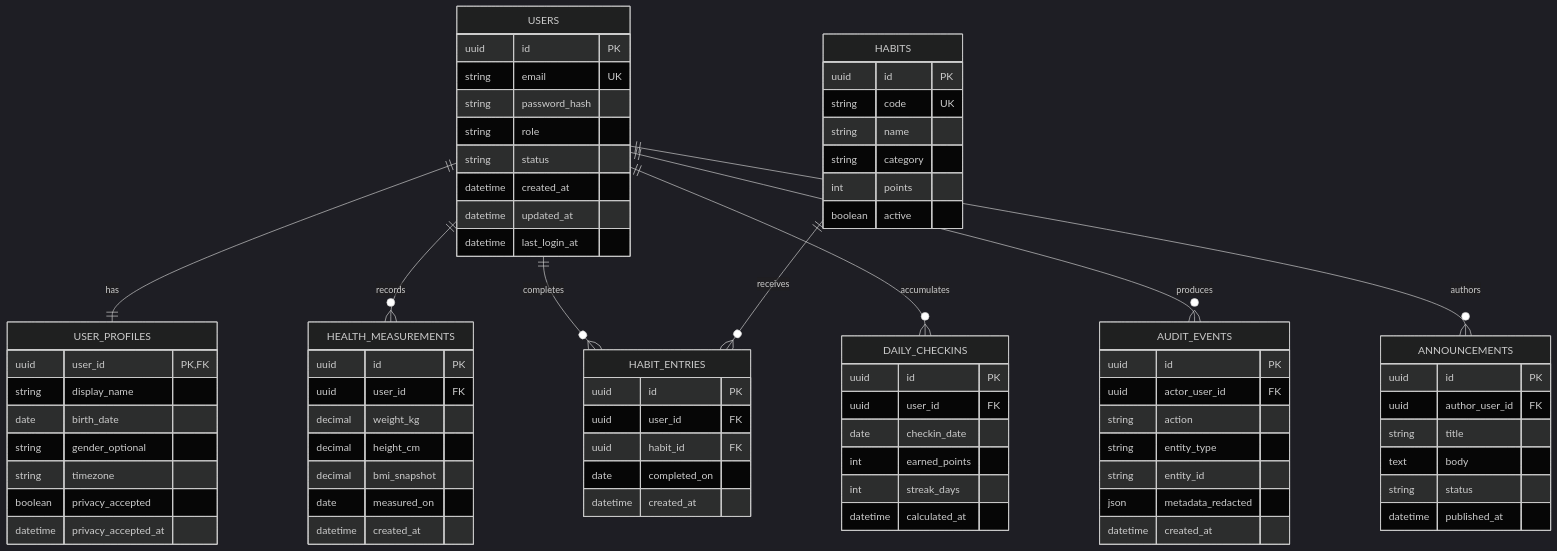
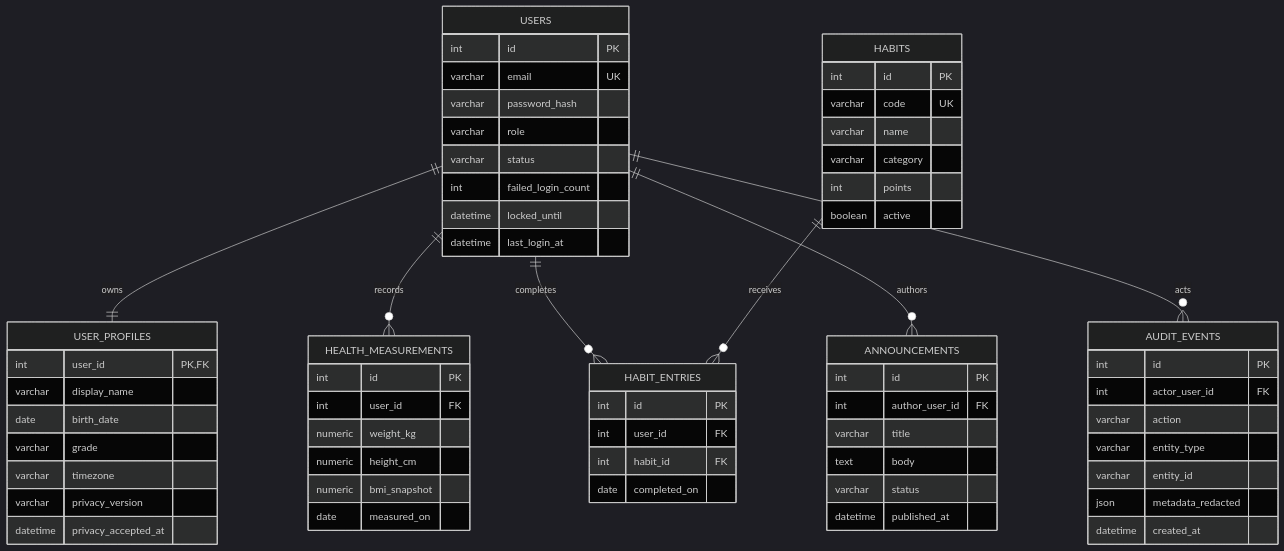
The diagram in docs/03_MODELO_DE_DATOS_DBA.md (juandigira17111980/vitalilab-profesional), drawn with Mermaid (dark theme) before and after one commit. The commit also changed other lines of this file and 19 other files, not shown here.

````diff
--- a/docs/03_MODELO_DE_DATOS_DBA.md
+++ b/docs/03_MODELO_DE_DATOS_DBA.md
@@ -27,79 +9,68 @@
 ```mermaid
 erDiagram
-    USERS ||--|| USER_PROFILES : has
+    USERS ||--|| USER_PROFILES : owns
     USERS ||--o{ HEALTH_MEASUREMENTS : records
     USERS ||--o{ HABIT_ENTRIES : completes
     HABITS ||--o{ HABIT_ENTRIES : receives
-    USERS ||--o{ DAILY_CHECKINS : accumulates
-    USERS ||--o{ AUDIT_EVENTS : produces
     USERS ||--o{ ANNOUNCEMENTS : authors
+    USERS ||--o{ AUDIT_EVENTS : acts
 
     USERS {
-        uuid id PK
-        string email UK
-        string password_hash
-        string role
-        string status
-        datetime created_at
-        datetime updated_at
+        int id PK
+        varchar email UK
+        varchar password_hash
+        varchar role
+        varchar status
+        int failed_login_count
+        datetime locked_until
         datetime last_login_at
     }
     USER_PROFILES {
-        uuid user_id PK,FK
-        string display_name
+        int user_id PK,FK
+        varchar display_name
         date birth_date
-        string gender_optional
-        string timezone
-        boolean privacy_accepted
+        varchar grade
+        varchar timezone
+        varchar privacy_version
         datetime privacy_accepted_at
     }
     HEALTH_MEASUREMENTS {
-        uuid id PK
-        uuid user_id FK
-        decimal weight_kg
-        decimal height_cm
-        decimal bmi_snapshot
+        int id PK
+        int user_id FK
+        numeric weight_kg
+        numeric height_cm
+        numeric bmi_snapshot
         date measured_on
-        datetime created_at
     }
     HABITS {
-        uuid id PK
-        string code UK
-        string name
-        string category
+        int id PK
+        varchar code UK
+        varchar name
+        varchar category
         int points
         boolean active
     }
     HABIT_ENTRIES {
-        uuid id PK
-        uuid user_id FK
-        uuid habit_id FK
+        int id PK
+        int user_id FK
+        int habit_id FK
         date completed_on
-        datetime created_at
-    }
-    DAILY_CHECKINS {
-        uuid id PK
-        uuid user_id FK
-        date checkin_date
-        int earned_points
-        int streak_days
-        datetime calculated_at
     }
     ANNOUNCEMENTS {
-        uuid id PK
-        uuid author_user_id FK
-        string title
+        int id PK
+        int author_user_id FK
+        varchar title
         text body
-        string status
+        varchar status
         datetime published_at
     }
     AUDIT_EVENTS {
-        uuid id PK
-        uuid actor_user_id FK
-        string action
-        string entity_type
-        string entity_id
+        int id PK
+        int actor_user_id FK
+        varchar action
+        varchar entity_type
+        varchar entity_id
         json metadata_redacted
         datetime created_at
     }
 ```
````
